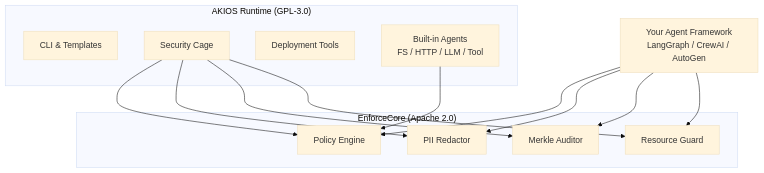
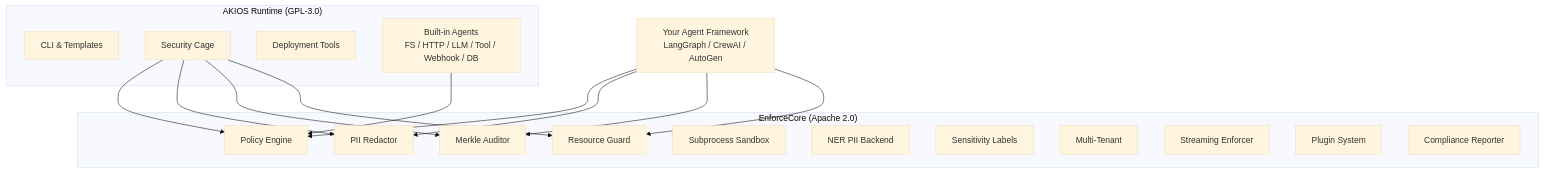
Before and after one commit to akios-ai/website: the diagram in site/docs/enforcecore.mdx, drawn with Mermaid (base theme). The commit also changed other lines of this file and 77 other files, not shown here.

````diff
--- a/site/docs/enforcecore.mdx
+++ b/site/docs/enforcecore.mdx
@@ -44,27 +44,34 @@
 ```mermaid
 graph TB
     subgraph AKIOS["AKIOS Runtime (GPL-3.0)"]
         CLI["CLI & Templates"]
         CAGE["Security Cage"]
         DEPLOY["Deployment Tools"]
-        AGENTS["Built-in Agents\nFS / HTTP / LLM / Tool"]
+        AGENTS["Built-in Agents\nFS / HTTP / LLM / Tool / Webhook / DB"]
     end
 
     subgraph ENFORCECORE["EnforceCore (Apache 2.0)"]
         PE2["Policy Engine"]
         PR2["PII Redactor"]
         MA2["Merkle Auditor"]
         RG2["Resource Guard"]
+        SS2["Subprocess Sandbox"]
+        NER2["NER PII Backend"]
+        SL2["Sensitivity Labels"]
+        MT2["Multi-Tenant"]
+        SR2["Streaming Enforcer"]
+        PL2["Plugin System"]
+        CR2["Compliance Reporter"]
     end
 
     CAGE --> PE2
     CAGE --> PR2
     CAGE --> MA2
     CAGE --> RG2
     AGENTS --> PE2
 
     ANY["Your Agent Framework\nLangGraph / CrewAI / AutoGen"] --> PE2
     ANY --> PR2
     ANY --> MA2
     ANY --> RG2
 ```
````
